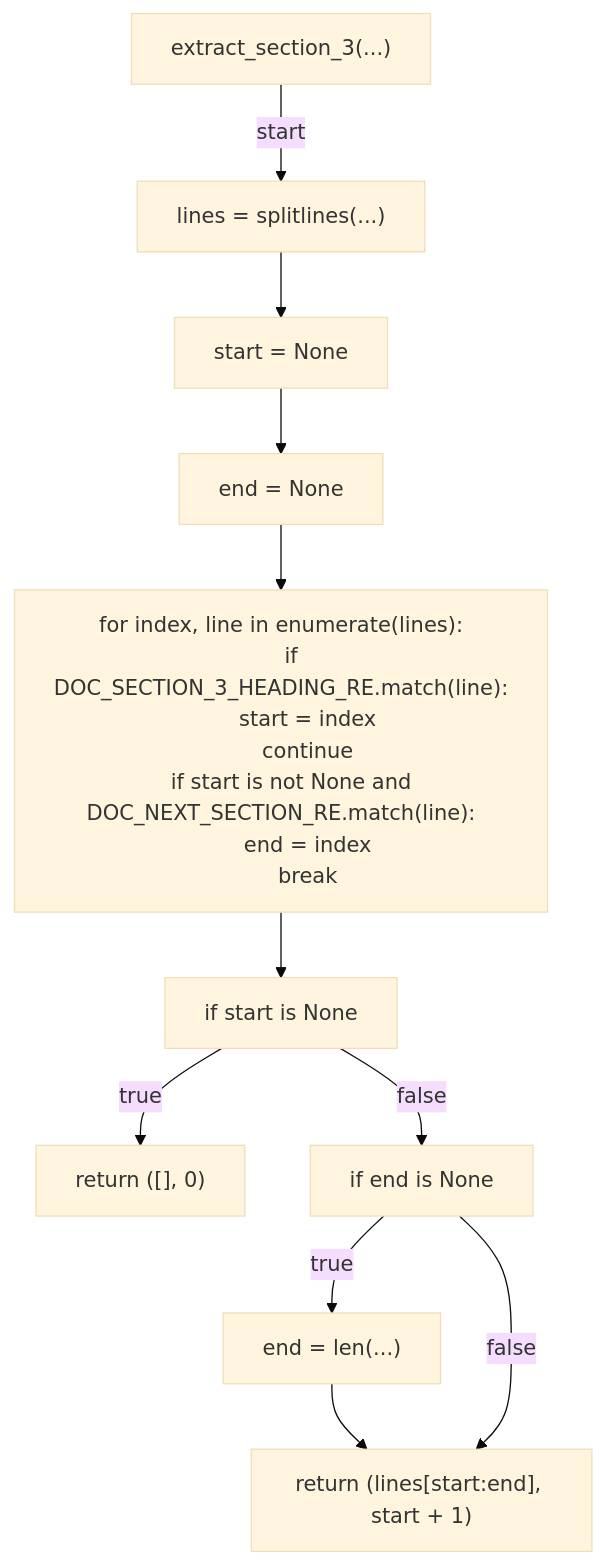
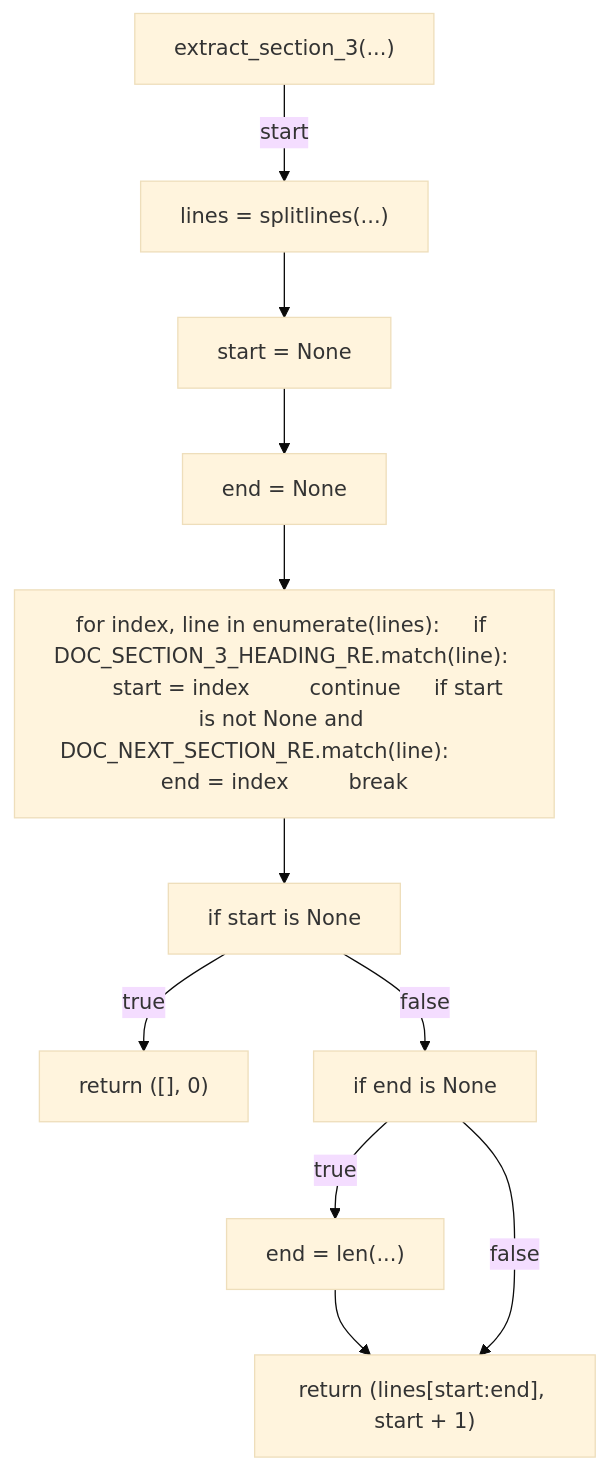
One commit to tvna/claude-md changed the third of 20 diagrams in docs/generated/scripts/ast/scan_design_philosophy_drift.md. Above: the diagram before and after it, drawn with Mermaid (base theme). The commit also changed other lines of this file and 29 other files, not shown here.

First line of the commit message:
docs(generated): regenerate decision tree and workflow diagrams (batch 3/5)

````diff
--- a/docs/generated/scripts/ast/scan_design_philosophy_drift.md
+++ b/docs/generated/scripts/ast/scan_design_philosophy_drift.md
@@ -27,29 +27,23 @@
 ```mermaid
 flowchart TD
     N001["extract_section_3(...)"]
     N002["lines = splitlines(...)"]
     N003["start = None"]
     N004["end = None"]
-    N005["for index, line in enumerate(lines):
-    if DOC_SECTION_3_HEADING_RE.match(line):
-        start = index
-        continue
-    if start is not None and DOC_NEXT_SECTION_RE.match(line):
-        end = index
-        break"]
+    N005["for index, line in enumerate(lines):     if DOC_SECTION_3_HEADING_RE.match(line):         start = index         continue     if start is not None and DOC_NEXT_SECTION_RE.match(line):         end = index         break"]
     N006["if start is None"]
     N007["return ([], 0)"]
     N008["if end is None"]
     N009["end = len(...)"]
     N010["return (lines[start:end], start + 1)"]
     N001 -->|"start"| N002
     N002 --> N003
     N003 --> N004
     N004 --> N005
     N005 --> N006
     N006 -->|"true"| N007
     N006 -->|"false"| N008
     N008 -->|"true"| N009
     N009 --> N010
     N008 -->|"false"| N010
 ```
````
